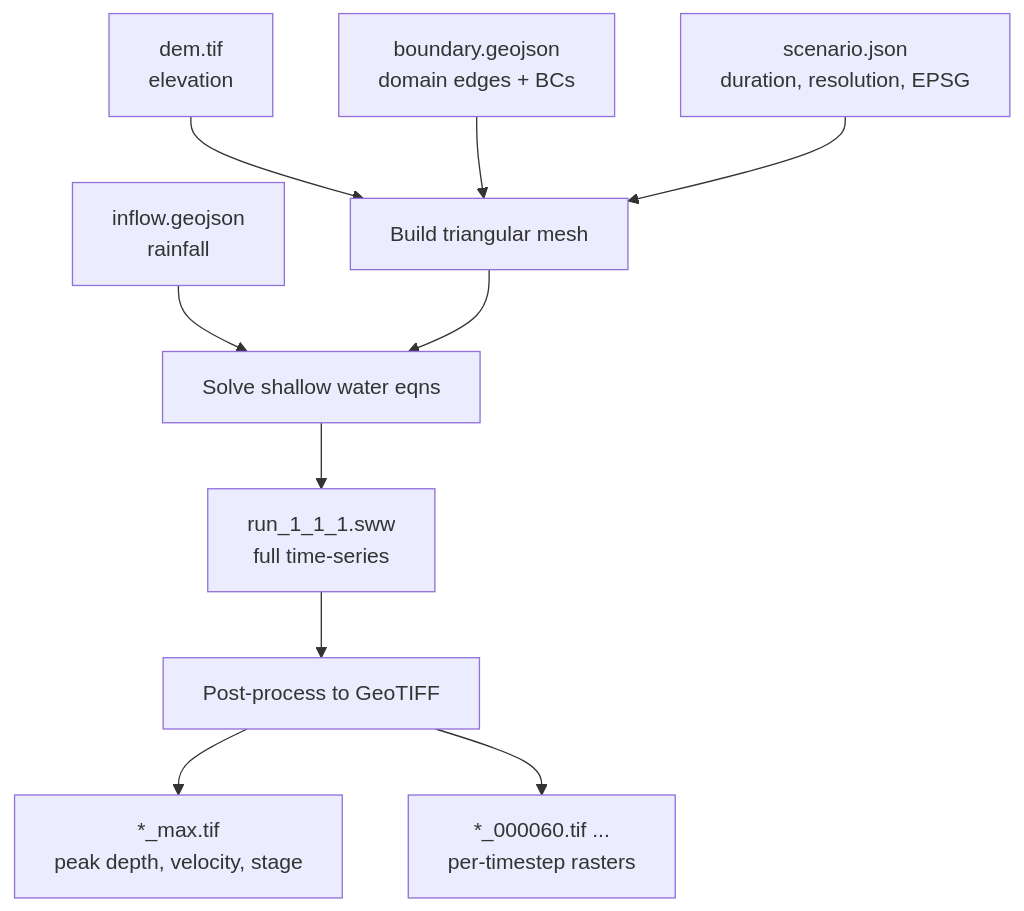
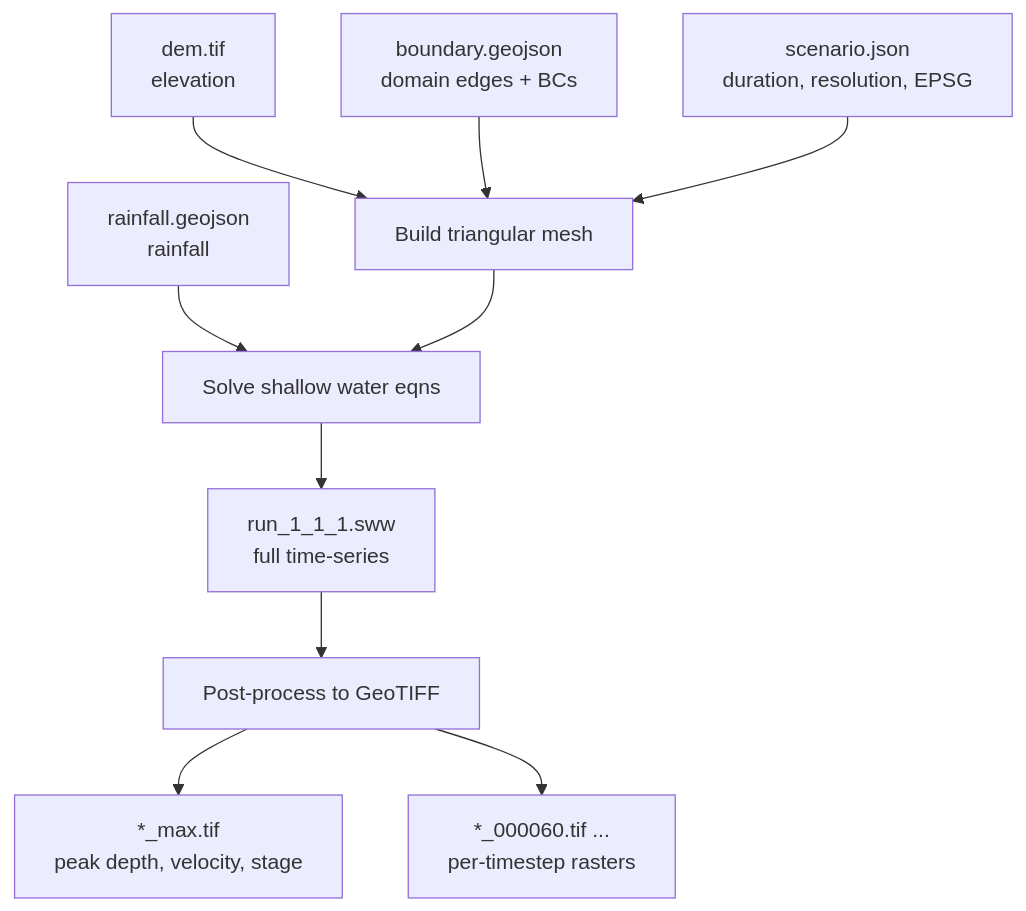
The first of 2 diagrams in README.md (Hydrata/run_anuga), drawn with Mermaid before and after one commit. The commit also changed other lines of this file, not shown here.

First line of the commit message:
docs(2187/2147): README small_test is rain-only (rainfall.geojson); split conflated inflow/rainfall rows

````diff
--- a/README.md
+++ b/README.md
@@ -109,25 +109,25 @@
 ```mermaid
 flowchart TD
     DEM["dem.tif<br/>elevation"]
     BDY["boundary.geojson<br/>domain edges + BCs"]
-    INF["inflow.geojson<br/>rainfall"]
+    INF["rainfall.geojson<br/>rainfall"]
     SJ["scenario.json<br/>duration, resolution, EPSG"]
 
     MESH["Build triangular mesh"]
     SOLVE["Solve shallow water eqns"]
     POST["Post-process to GeoTIFF"]
 
     SWW["run_1_1_1.sww<br/>full time-series"]
     TMAX["*_max.tif<br/>peak depth, velocity, stage"]
     TSTEP["*_000060.tif ...<br/>per-timestep rasters"]
 
     DEM --> MESH
     BDY --> MESH
     SJ --> MESH
     INF --> SOLVE
     MESH --> SOLVE
     SOLVE --> SWW
     SWW --> POST
     POST --> TMAX
     POST --> TSTEP
 ```
````
